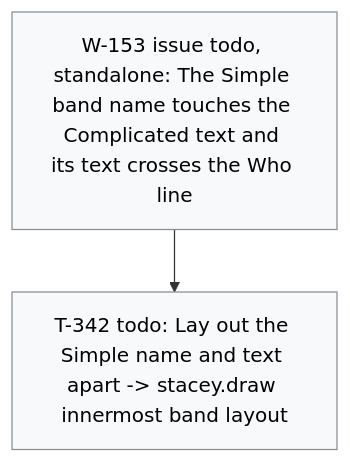
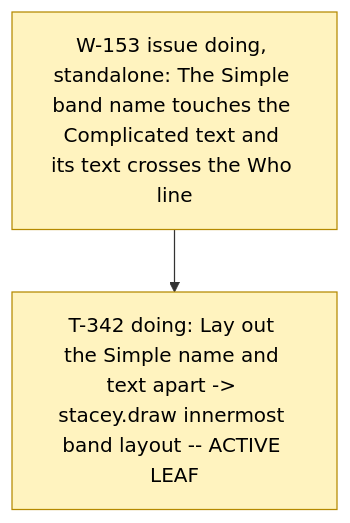
Before and after one commit to dpopchev/chaos-to-simple: the diagram in .board/BOARD.md, drawn with Mermaid. The commit also changed other lines of this file and 2 other files, not shown here.

Commit message:
chore(board): activate W-153, start T-342
Refs: W-153 T-342

````diff
--- a/.board/BOARD.md
+++ b/.board/BOARD.md
@@ -908,11 +908,11 @@
 ```mermaid
 flowchart TD
-  W153["W-153 issue todo, standalone: The Simple band name touches the Complicated text and its text crosses the Who line"]
-  W153 --> T342["T-342 todo: Lay out the Simple name and text apart -> stacey.draw innermost band layout"]
+  W153["W-153 issue doing, standalone: The Simple band name touches the Complicated text and its text crosses the Who line"]
+  W153 --> T342["T-342 doing: Lay out the Simple name and text apart -> stacey.draw innermost band layout -- ACTIVE LEAF"]
   classDef doing fill:#fff3bf,stroke:#b58900,color:#000;
   classDef blocked fill:#ffe3e3,stroke:#c92a2a,color:#000;
   classDef done fill:#e6ffed,stroke:#2b8a3e,color:#000;
   classDef todo fill:#f8f9fa,stroke:#868e96,color:#000;
   classDef pruned fill:#f1f3f5,stroke:#adb5bd,color:#000;
-  class W153,T342 todo
+  class W153,T342 doing
 ```
````
